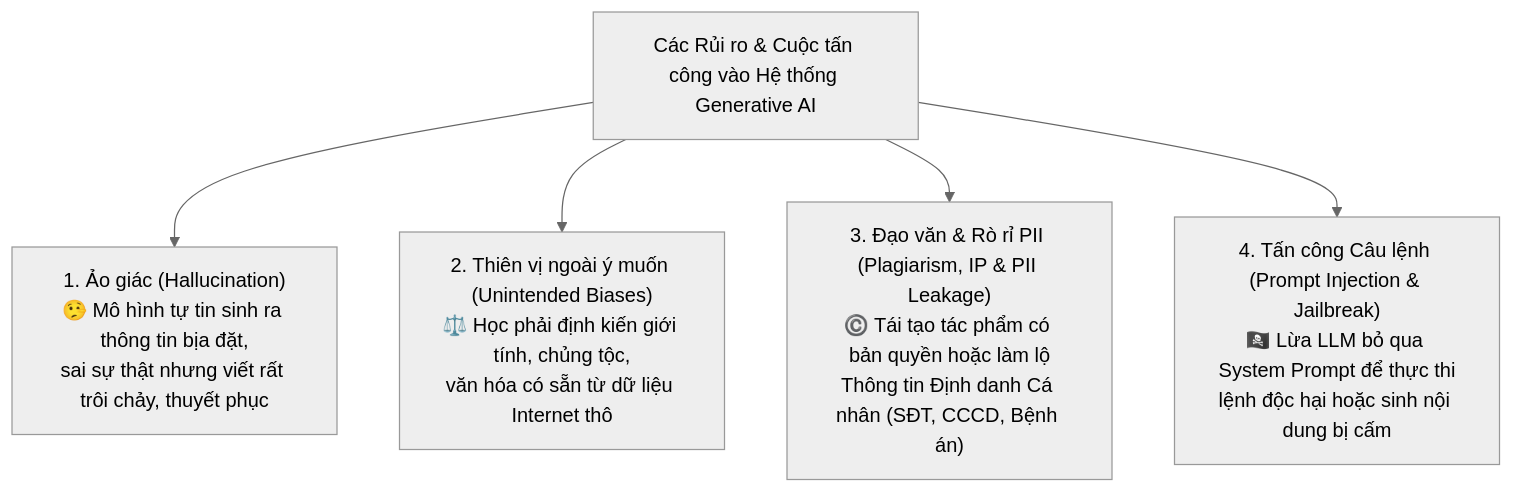
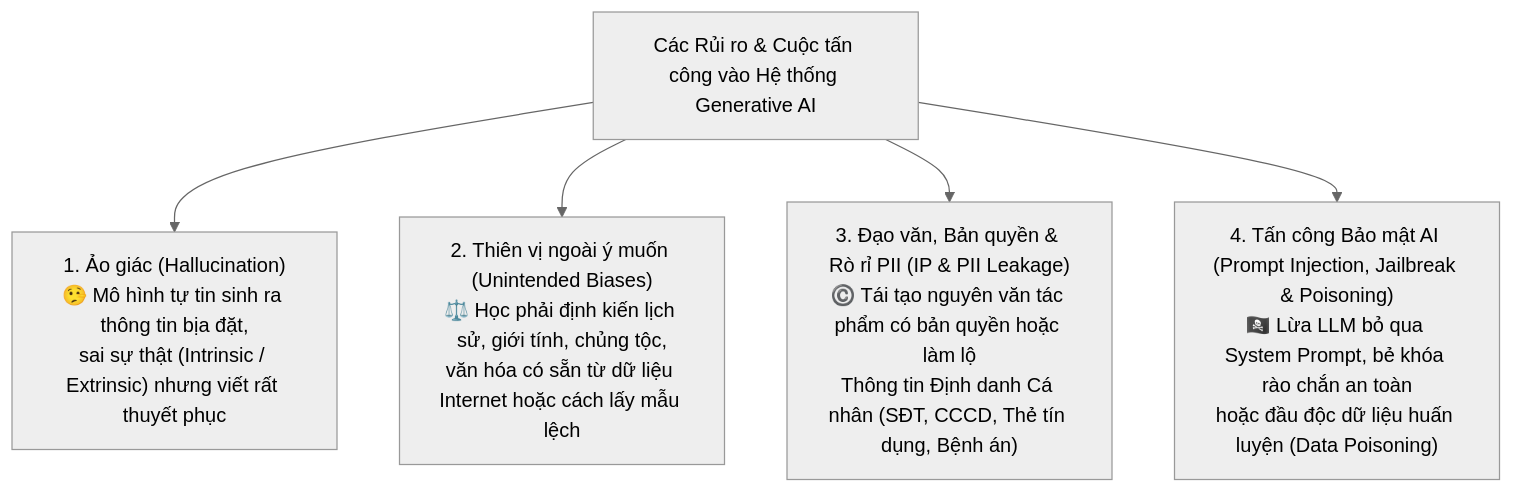
Before and after one commit to nxthanh2904/nca-genl: the first of 4 diagrams in Module_09_Ethical_AI.md, drawn with Mermaid (neutral theme). The commit also changed other lines of this file and 11 other files, not shown here.

````diff
--- a/Module_09_Ethical_AI.md
+++ b/Module_09_Ethical_AI.md
@@ -13,11 +13,11 @@
 ```mermaid
 flowchart TD
     Risks["Các Rủi ro & Cuộc tấn công vào Hệ thống Generative AI"]
     
-    R1["1. Ảo giác (Hallucination)<br/>🤥 Mô hình tự tin sinh ra thông tin bịa đặt,<br/>sai sự thật nhưng viết rất trôi chảy, thuyết phục"]
-    R2["2. Thiên vị ngoài ý muốn (Unintended Biases)<br/>⚖️ Học phải định kiến giới tính, chủng tộc,<br/>văn hóa có sẵn từ dữ liệu Internet thô"]
-    R3["3. Đạo văn & Rò rỉ PII (Plagiarism, IP & PII Leakage)<br/>©️ Tái tạo tác phẩm có bản quyền hoặc làm lộ<br/>Thông tin Định danh Cá nhân (SĐT, CCCD, Bệnh án)"]
-    R4["4. Tấn công Câu lệnh (Prompt Injection & Jailbreak)<br/>🏴‍☠️ Lừa LLM bỏ qua System Prompt để thực thi<br/>lệnh độc hại hoặc sinh nội dung bị cấm"]
+    R1["1. Ảo giác (Hallucination)<br/>🤥 Mô hình tự tin sinh ra thông tin bịa đặt,<br/>sai sự thật (Intrinsic / Extrinsic) nhưng viết rất thuyết phục"]
+    R2["2. Thiên vị ngoài ý muốn (Unintended Biases)<br/>⚖️ Học phải định kiến lịch sử, giới tính, chủng tộc,<br/>văn hóa có sẵn từ dữ liệu Internet hoặc cách lấy mẫu lệch"]
+    R3["3. Đạo văn, Bản quyền & Rò rỉ PII (IP & PII Leakage)<br/>©️ Tái tạo nguyên văn tác phẩm có bản quyền hoặc làm lộ<br/>Thông tin Định danh Cá nhân (SĐT, CCCD, Thẻ tín dụng, Bệnh án)"]
+    R4["4. Tấn công Bảo mật AI (Prompt Injection, Jailbreak & Poisoning)<br/>🏴‍☠️ Lừa LLM bỏ qua System Prompt, bẻ khóa rào chắn an toàn<br/>hoặc đầu độc dữ liệu huấn luyện (Data Poisoning)"]
 
     Risks --> R1 & R2 & R3 & R4
 ```
````
